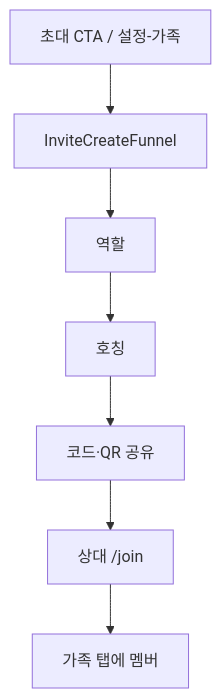
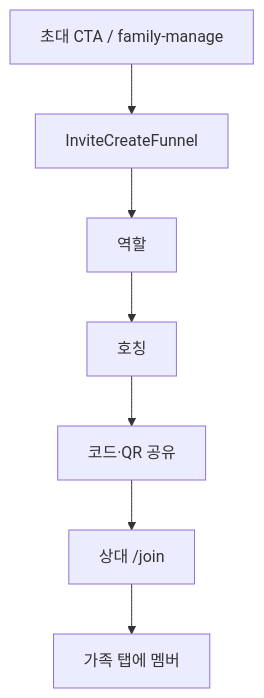
One commit to gogleset/yakmuk changed the fifth of 6 diagrams in docs/flows/family-tab-flow-brief.md. Above: the diagram before and after it, drawn with Mermaid. The commit also changed other lines of this file and 2 other files, not shown here.

````diff
--- a/docs/flows/family-tab-flow-brief.md
+++ b/docs/flows/family-tab-flow-brief.md
@@ -205,9 +204,9 @@
 ```mermaid
 flowchart TD
-  A[초대 CTA / 설정-가족] --> B[InviteCreateFunnel]
+  A[초대 CTA / family-manage] --> B[InviteCreateFunnel]
   B --> C[역할]
   C --> D[호칭]
   D --> E[코드·QR 공유]
   E --> F[상대 /join]
   F --> G[가족 탭에 멤버]
 ```
````
